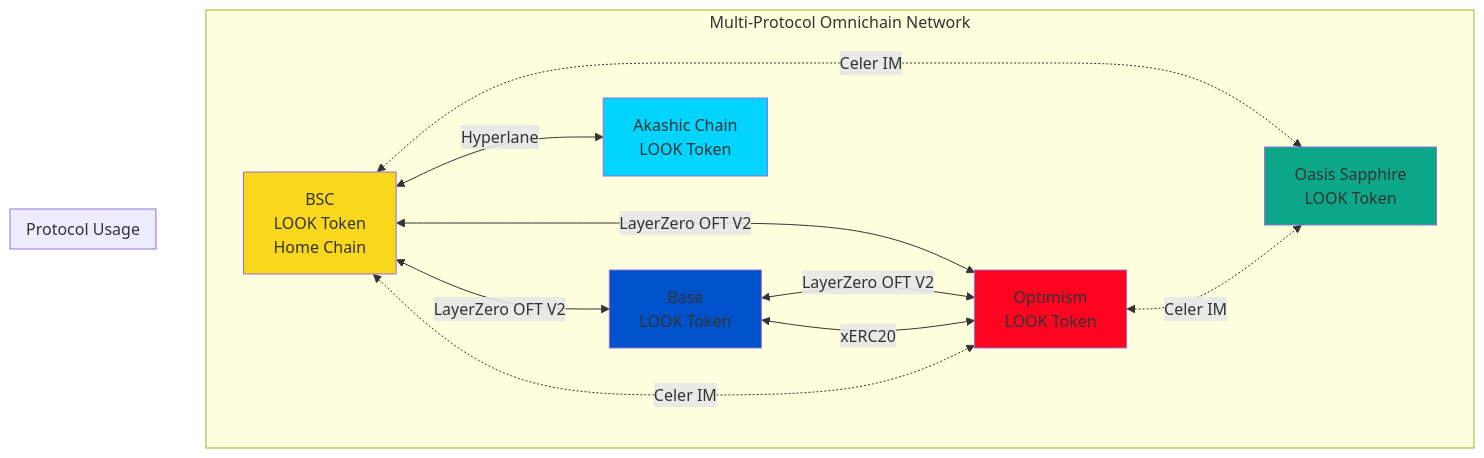
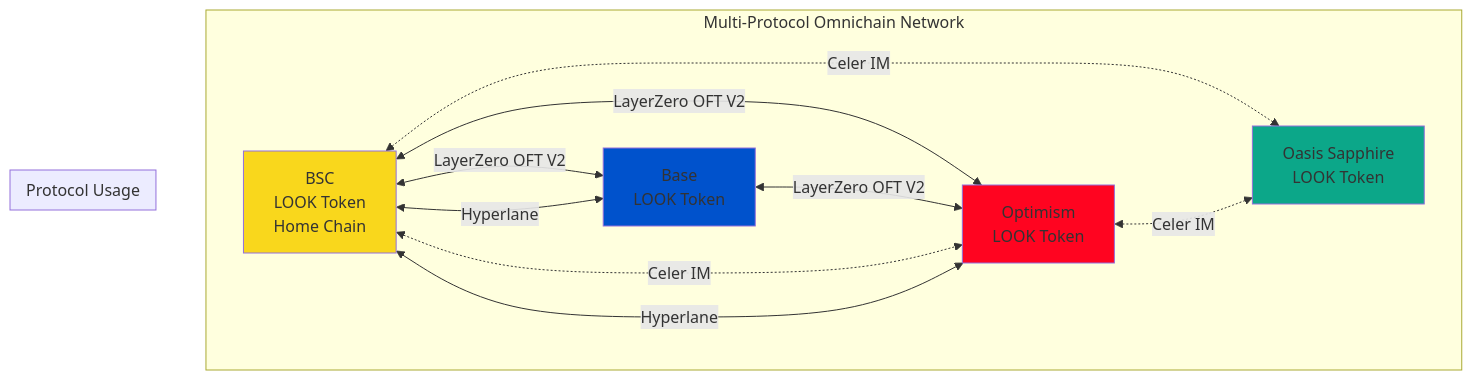
The second of 9 diagrams in docs/TECHNICAL.md (lookcard-dev/lookcoin-contract), drawn with Mermaid before and after one commit. The commit also changed other lines of this file and 82 other files, not shown here.

First line of the commit message:
Enhance cross-chain functionality and modular architecture

````diff
--- a/docs/TECHNICAL.md
+++ b/docs/TECHNICAL.md
@@ -94,30 +84,27 @@
 ```mermaid
 graph TB
     subgraph "Multi-Protocol Omnichain Network"
         BSC[BSC<br/>LOOK Token<br/>Home Chain]
         BASE[Base<br/>LOOK Token]
         OPT[Optimism<br/>LOOK Token]
         SAPPHIRE[Oasis Sapphire<br/>LOOK Token]
-        AKASHIC[Akashic Chain<br/>LOOK Token]
     end
 
     subgraph "Protocol Usage"
         BSC <--> |LayerZero OFT V2| BASE
         BSC <--> |LayerZero OFT V2| OPT
         BASE <--> |LayerZero OFT V2| OPT
         
-        BASE <--> |xERC20| OPT
-        
         BSC <-.-> |Celer IM| OPT
         BSC <-.-> |Celer IM| SAPPHIRE
         OPT <-.-> |Celer IM| SAPPHIRE
         
-        BSC <--> |Hyperlane| AKASHIC
+        BSC <--> |Hyperlane| BASE
+        BSC <--> |Hyperlane| OPT
     end
 
     style BSC fill:#f9d71c
     style BASE fill:#0052cc
     style OPT fill:#ff0420
     style SAPPHIRE fill:#0ca789
-    style AKASHIC fill:#00d4ff
 ```
````
